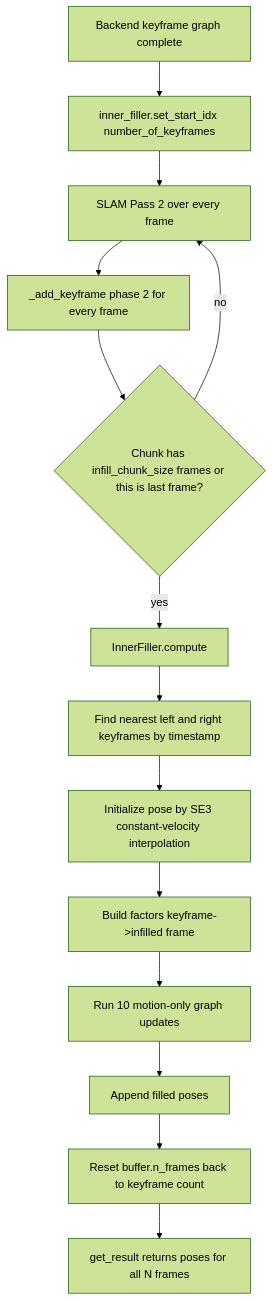
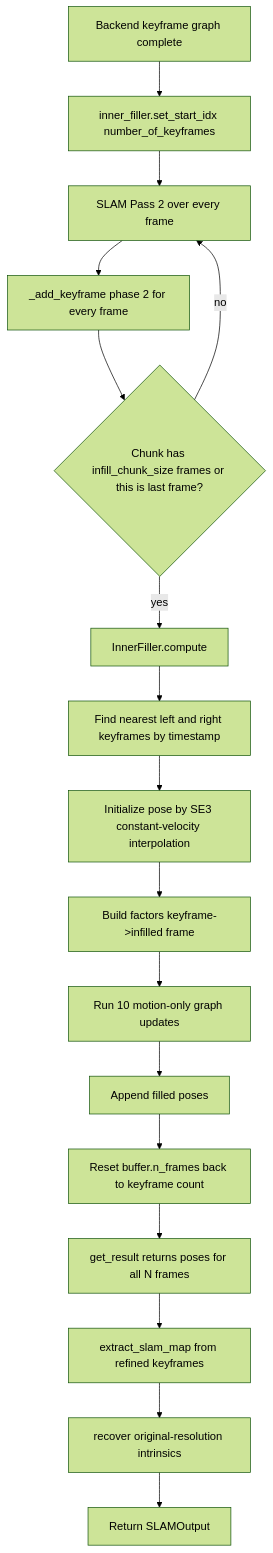
One commit to sadanand1120/vipe changed the ninth of 12 diagrams in fullexplain.md. Above: the diagram before and after it, drawn with Mermaid (forest theme). The commit also changed other lines of this file and 1 other file, not shown here.

````diff
--- a/fullexplain.md
+++ b/fullexplain.md
@@ -1379,16 +1322,19 @@
 ```mermaid
 flowchart TD
     A[Backend keyframe graph complete] --> B[inner_filler.set_start_idx number_of_keyframes]
     B --> C[SLAM Pass 2 over every frame]
     C --> D[_add_keyframe phase 2 for every frame]
     D --> E{Chunk has infill_chunk_size frames or this is last frame?}
     E -->|no| C
     E -->|yes| F[InnerFiller.compute]
     F --> G[Find nearest left and right keyframes by timestamp]
     G --> H[Initialize pose by SE3 constant-velocity interpolation]
     H --> I[Build factors keyframe->infilled frame]
     I --> J[Run 10 motion-only graph updates]
     J --> K[Append filled poses]
     K --> L[Reset buffer.n_frames back to keyframe count]
     L --> M[get_result returns poses for all N frames]
+    M --> N[extract_slam_map from refined keyframes]
+    N --> O[recover original-resolution intrinsics]
+    O --> P[Return SLAMOutput]
 ```
````
